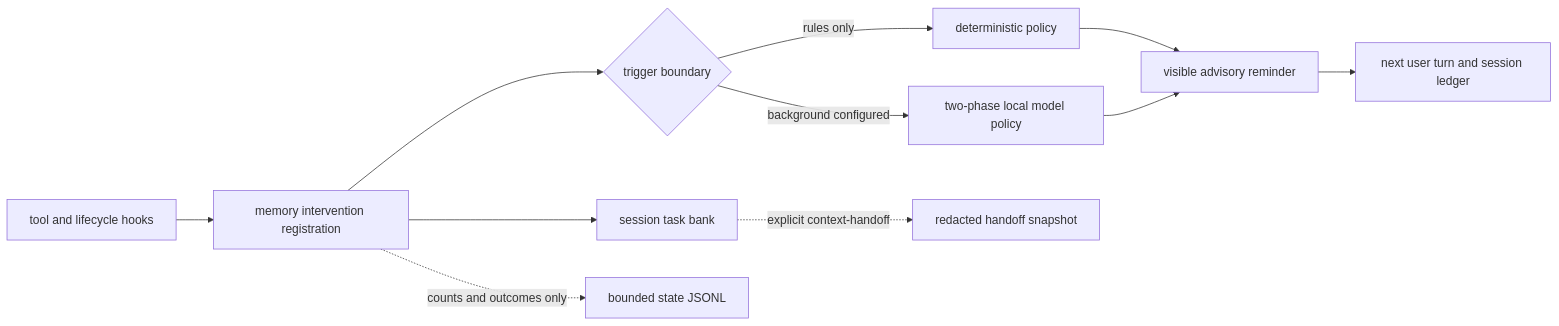
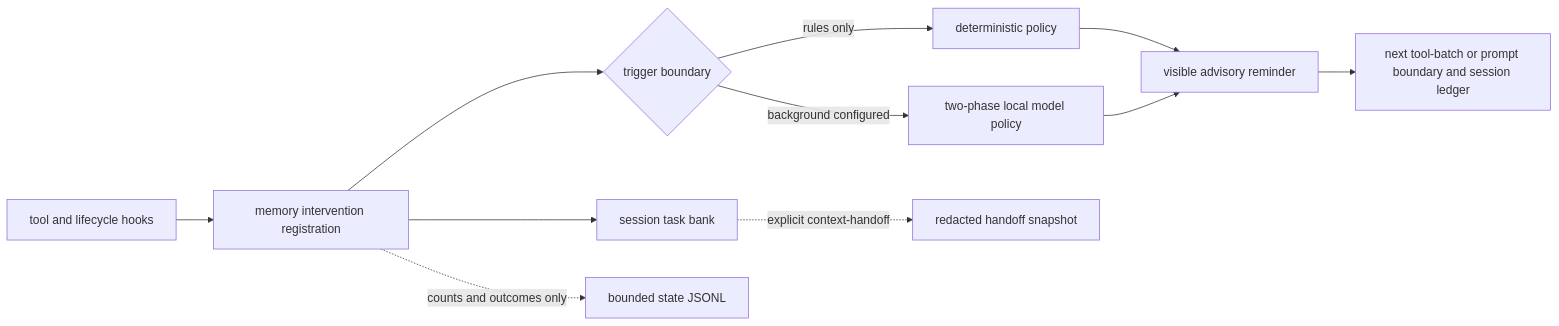
Before and after one commit to iowarp/clio-coder: the diagram in docs/guide/proactive-memory.md, drawn with Mermaid. The commit also changed other lines of this file and 4 other files, not shown here.

````diff
--- a/docs/guide/proactive-memory.md
+++ b/docs/guide/proactive-memory.md
@@ -18,13 +18,13 @@
 ```mermaid
 flowchart LR
   T[tool and lifecycle hooks] --> R[memory intervention registration]
   R --> B[session task bank]
   R --> D{trigger boundary}
   D -->|rules only| S[deterministic policy]
   D -->|background configured| L[two-phase local model policy]
   S --> V[visible advisory reminder]
   L --> V
-  V --> U[next user turn and session ledger]
+  V --> U[next tool-batch or prompt boundary and session ledger]
   R -. counts and outcomes only .-> J[bounded state JSONL]
   B -. explicit context-handoff .-> H[redacted handoff snapshot]
 ```
````
